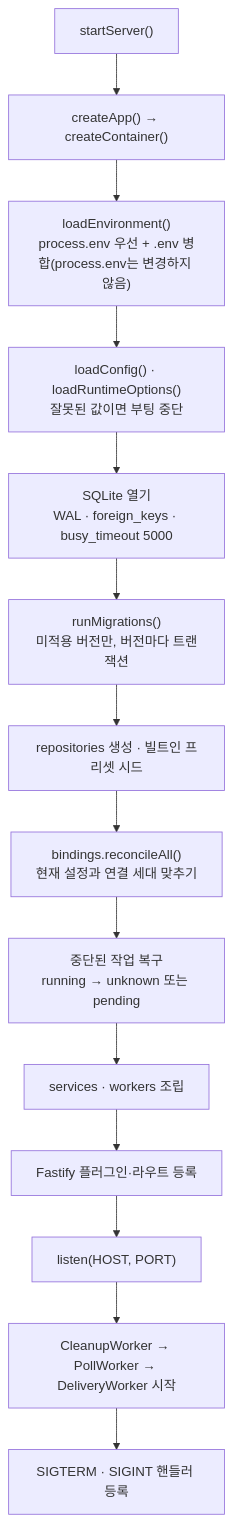
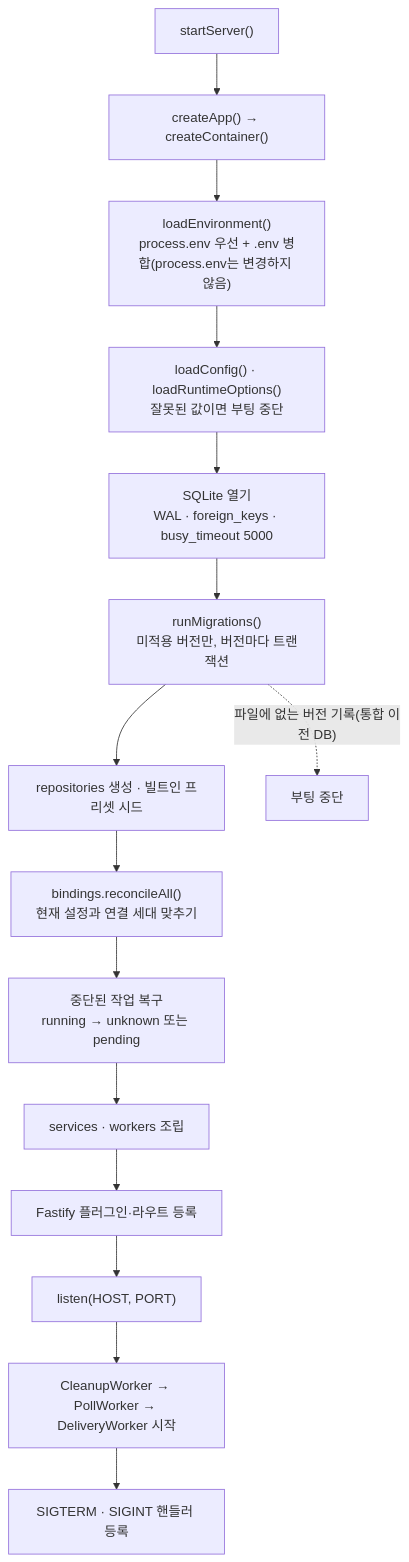
Before and after one commit to Genticca/Private-RSS-Delivery: the fourth of 10 diagrams in Docs/architecture.md, drawn with Mermaid. The commit also changed other lines of this file and 53 other files, not shown here.

````diff
--- a/Docs/architecture.md
+++ b/Docs/architecture.md
@@ -121,16 +121,17 @@
 ```mermaid
 flowchart TD
   A["startServer()"] --> B["createApp() → createContainer()"]
   B --> C["loadEnvironment()<br/>process.env 우선 + .env 병합(process.env는 변경하지 않음)"]
   C --> D["loadConfig() · loadRuntimeOptions()<br/>잘못된 값이면 부팅 중단"]
   D --> E["SQLite 열기<br/>WAL · foreign_keys · busy_timeout 5000"]
   E --> F["runMigrations()<br/>미적용 버전만, 버전마다 트랜잭션"]
   F --> G["repositories 생성 · 빌트인 프리셋 시드"]
+  F -.->|"파일에 없는 버전 기록(통합 이전 DB)"| X["부팅 중단"]
   G --> H["bindings.reconcileAll()<br/>현재 설정과 연결 세대 맞추기"]
   H --> I["중단된 작업 복구<br/>running → unknown 또는 pending"]
   I --> J["services · workers 조립"]
   J --> K["Fastify 플러그인·라우트 등록"]
   K --> L["listen(HOST, PORT)"]
   L --> M["CleanupWorker → PollWorker → DeliveryWorker 시작"]
   M --> N["SIGTERM · SIGINT 핸들러 등록"]
 ```
````
